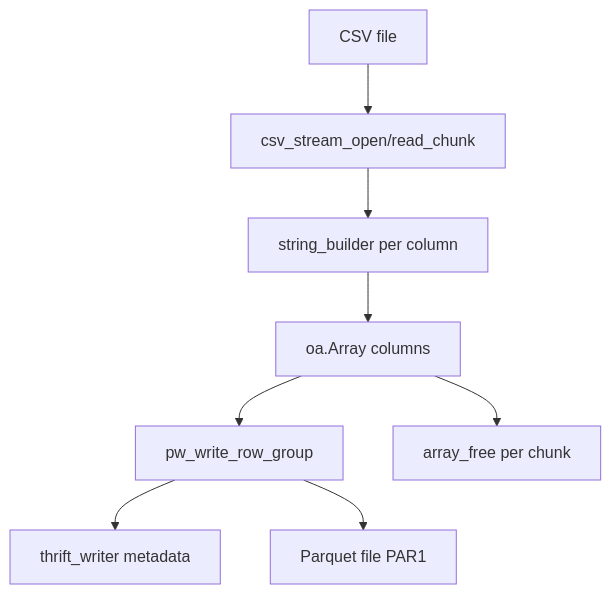
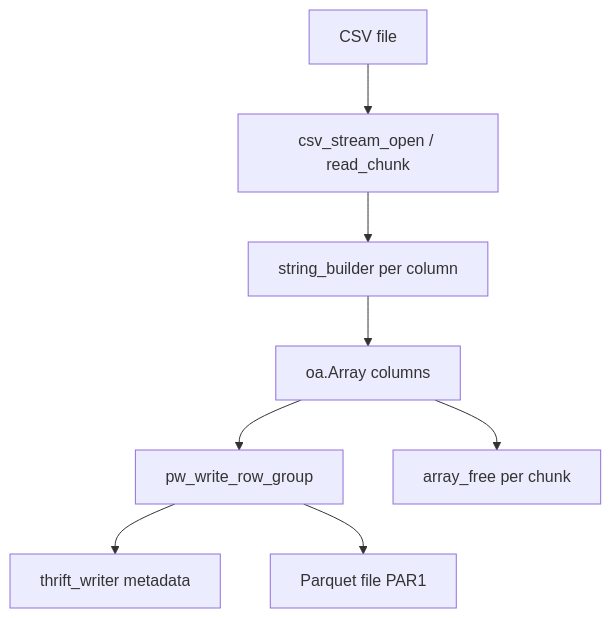
The second of 3 diagrams in docs/Cursor.md (boxxxie/OdinArrow), drawn with Mermaid before and after one commit. The commit also changed other lines of this file and 5 other files, not shown here.

````diff
--- a/docs/Cursor.md
+++ b/docs/Cursor.md
@@ -434,10 +295,10 @@
 ```mermaid
 flowchart TD
-    CSV[CSV file] --> SR[csv_stream_open/read_chunk]
+    CSV[CSV file] --> SR[csv_stream_open / read_chunk]
     SR --> SB[string_builder per column]
     SB --> ARR[oa.Array columns]
     ARR --> PW[pw_write_row_group]
     PW --> TH[thrift_writer metadata]
     PW --> PQ[Parquet file PAR1]
     ARR --> FREE[array_free per chunk]
 ```
````
